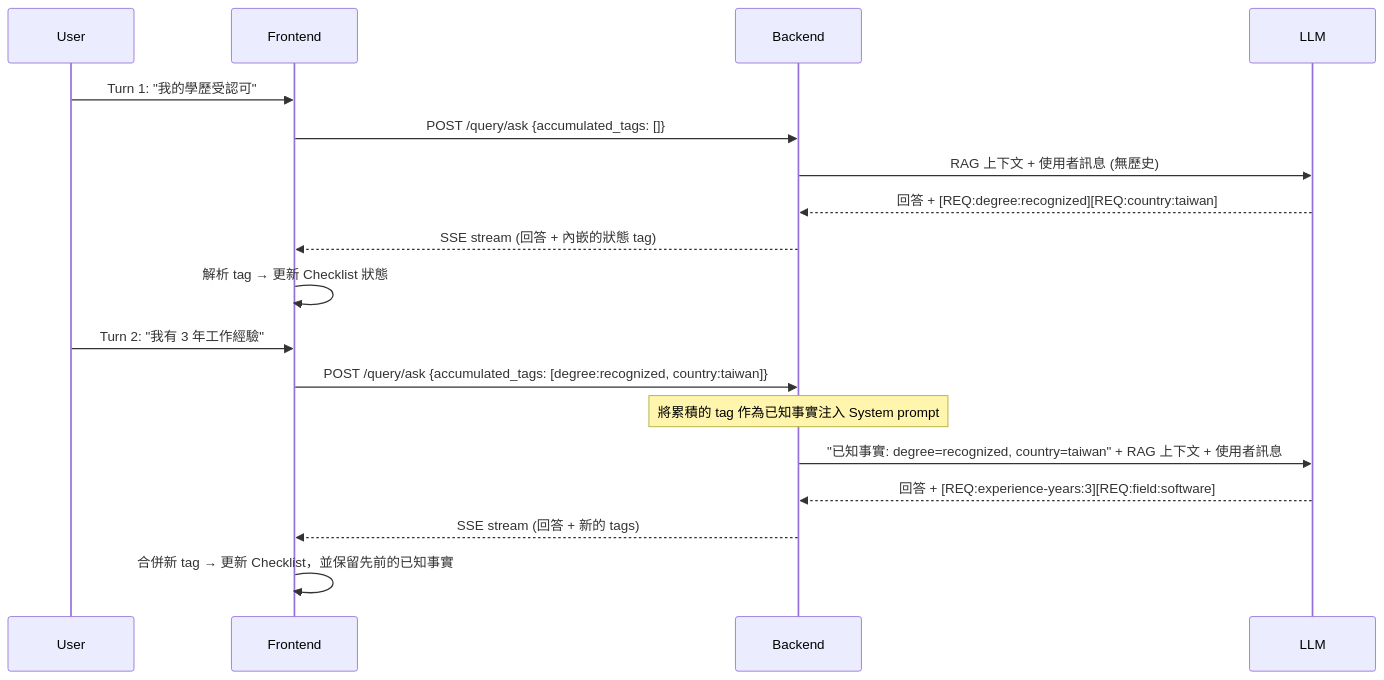
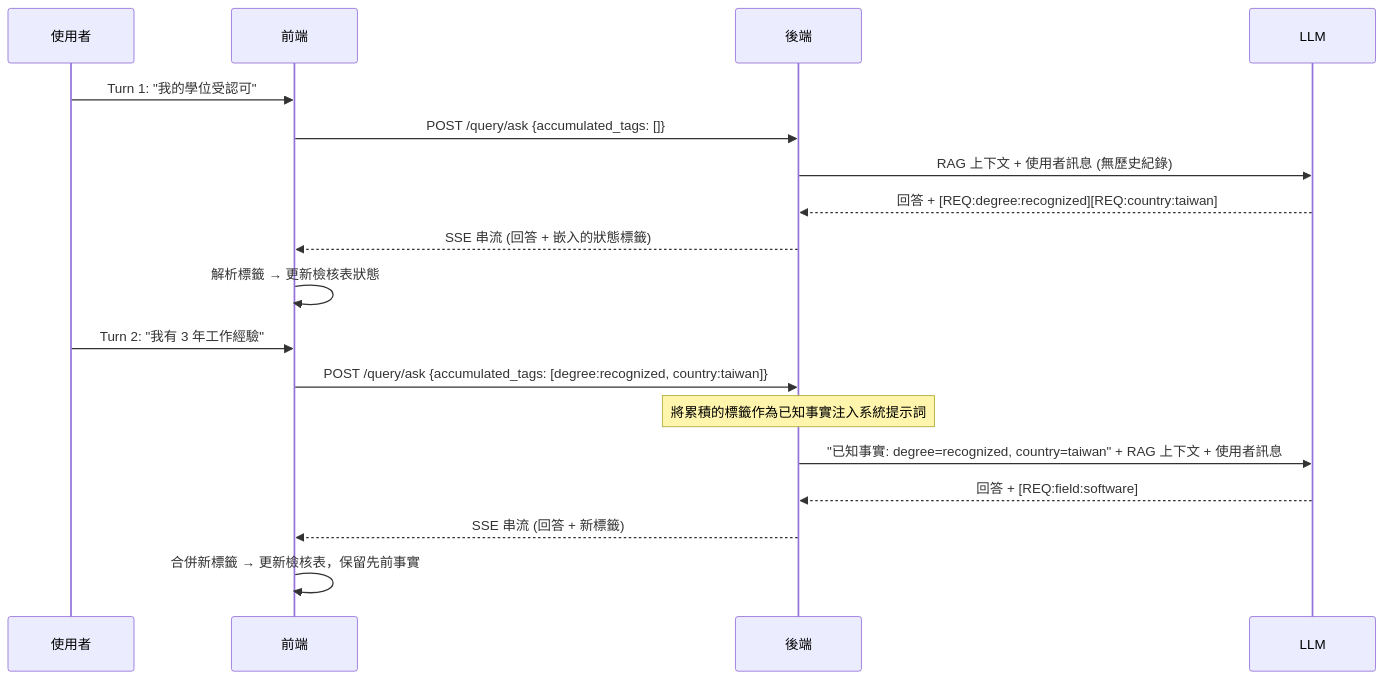
The second of 2 diagrams in docs/design-decisions_TC.md (ToooAir/german-visa-rag), drawn with Mermaid before and after one commit. The commit also changed other lines of this file and 2 other files, not shown here.

````diff
--- a/docs/design-decisions_TC.md
+++ b/docs/design-decisions_TC.md
@@ -169,22 +175,22 @@
 ```mermaid
 sequenceDiagram
-    participant U as User
-    participant FE as Frontend
-    participant BE as Backend
+    participant U as 使用者
+    participant FE as 前端
+    participant BE as 後端
     participant LLM
 
-    U->>FE: Turn 1: "我的學歷受認可"
+    U->>FE: Turn 1: "我的學位受認可"
     FE->>BE: POST /query/ask {accumulated_tags: []}
-    BE->>LLM: RAG 上下文 + 使用者訊息 (無歷史)
+    BE->>LLM: RAG 上下文 + 使用者訊息 (無歷史紀錄)
     LLM-->>BE: 回答 + [REQ:degree:recognized][REQ:country:taiwan]
-    BE-->>FE: SSE stream (回答 + 內嵌的狀態 tag)
-    FE->>FE: 解析 tag → 更新 Checklist 狀態
+    BE-->>FE: SSE 串流 (回答 + 嵌入的狀態標籤)
+    FE->>FE: 解析標籤 → 更新檢核表狀態
 
     U->>FE: Turn 2: "我有 3 年工作經驗"
     FE->>BE: POST /query/ask {accumulated_tags: [degree:recognized, country:taiwan]}
-    Note over BE: 將累積的 tag 作為已知事實注入 System prompt
+    Note over BE: 將累積的標籤作為已知事實注入系統提示詞
     BE->>LLM: "已知事實: degree=recognized, country=taiwan" + RAG 上下文 + 使用者訊息
-    LLM-->>BE: 回答 + [REQ:experience-years:3][REQ:field:software]
-    BE-->>FE: SSE stream (回答 + 新的 tags)
-    FE->>FE: 合併新 tag → 更新 Checklist，並保留先前的已知事實
+    LLM-->>BE: 回答 + [REQ:field:software]
+    BE-->>FE: SSE 串流 (回答 + 新標籤)
+    FE->>FE: 合併新標籤 → 更新檢核表，保留先前事實
 ```
````
